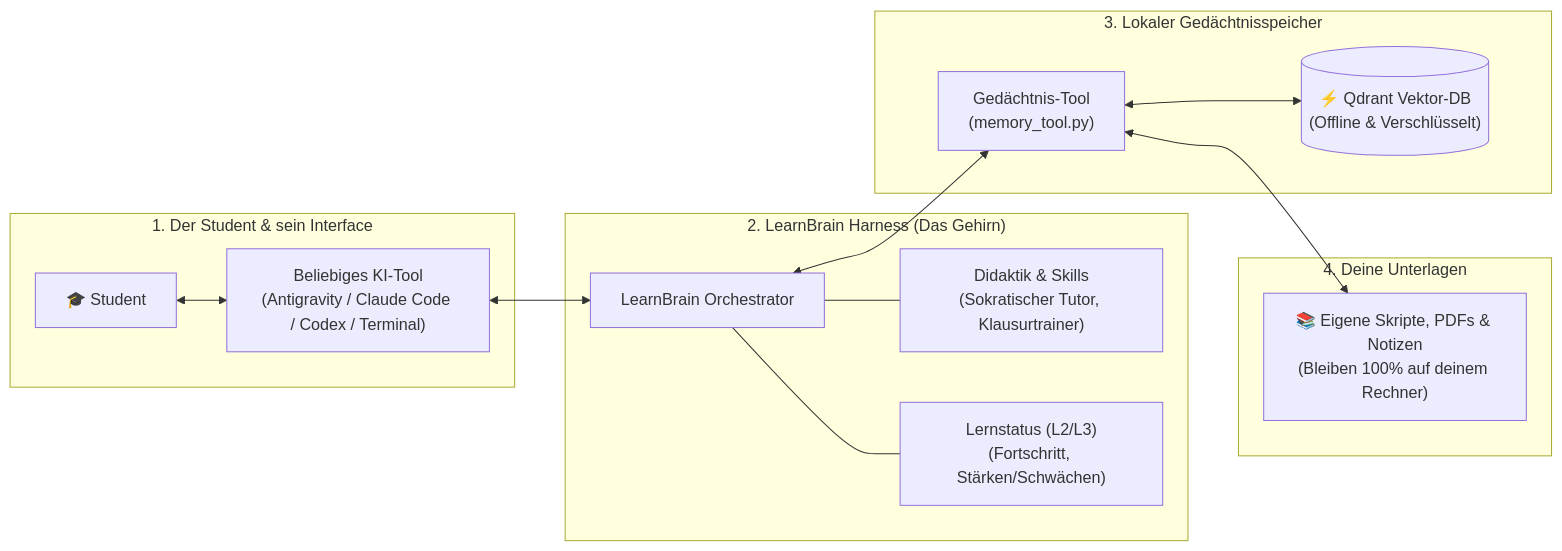
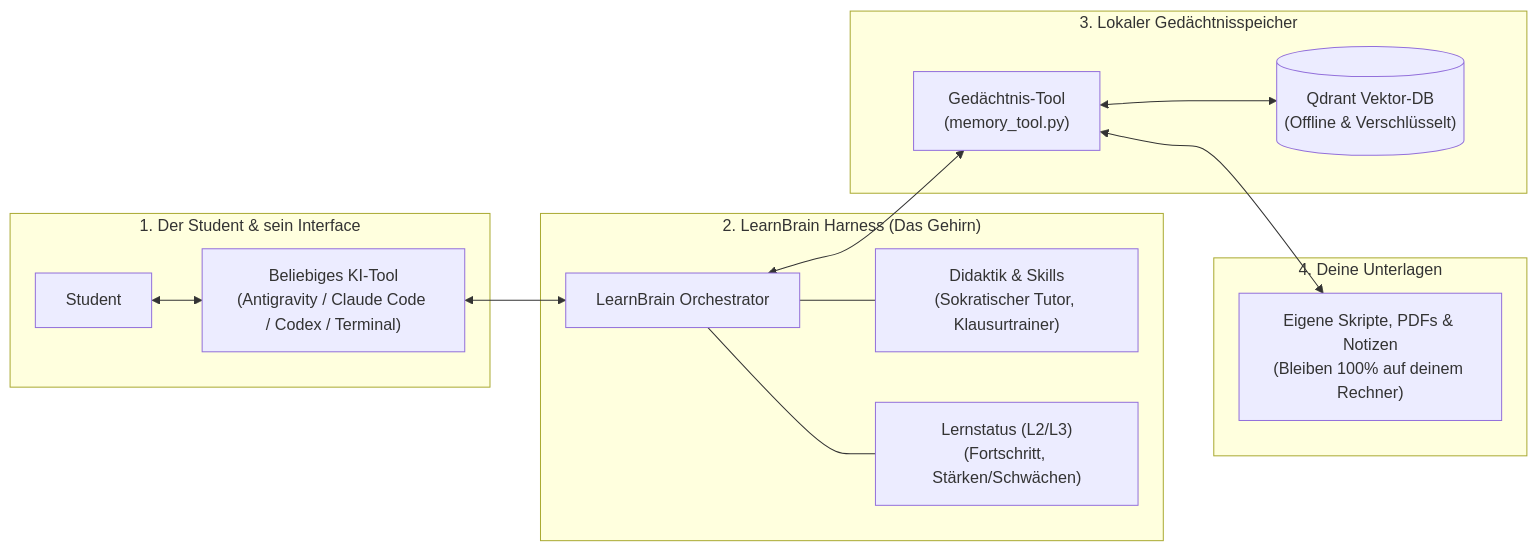
Before and after one commit to OpenLearnBrain/LearnBrain: the third of 3 diagrams in README.md, drawn with Mermaid. The commit also changed other lines of this file, not shown here.

````diff
--- a/README.md
+++ b/README.md
@@ -84,21 +76,21 @@
 ```mermaid
 flowchart LR
     subgraph Frontend ["1. Der Student & sein Interface"]
-        User["🎓 Student"] <--> UI["Beliebiges KI-Tool<br/>(Antigravity / Claude Code / Codex / Terminal)"]
+        User["Student"] <--> UI["Beliebiges KI-Tool<br/>(Antigravity / Claude Code / Codex / Terminal)"]
     end
 
     subgraph Core ["2. LearnBrain Harness (Das Gehirn)"]
         UI <--> Harness["LearnBrain Orchestrator"]
         Harness --- Rules["Didaktik & Skills<br/>(Sokratischer Tutor, Klausurtrainer)"]
         Harness --- State["Lernstatus (L2/L3)<br/>(Fortschritt, Stärken/Schwächen)"]
     end
 
     subgraph Storage ["3. Lokaler Gedächtnisspeicher"]
         Harness <--> Tool["Gedächtnis-Tool<br/>(memory_tool.py)"]
-        Tool <--> Qdrant[("⚡ Qdrant Vektor-DB<br/>(Offline & Verschlüsselt)")]
+        Tool <--> Qdrant[("Qdrant Vektor-DB<br/>(Offline & Verschlüsselt)")]
     end
 
     subgraph Files ["4. Deine Unterlagen"]
-        Tool <--> Docs["📚 Eigene Skripte, PDFs & Notizen<br/>(Bleiben 100% auf deinem Rechner)"]
+        Tool <--> Docs["Eigene Skripte, PDFs & Notizen<br/>(Bleiben 100% auf deinem Rechner)"]
     end
 ```
````
